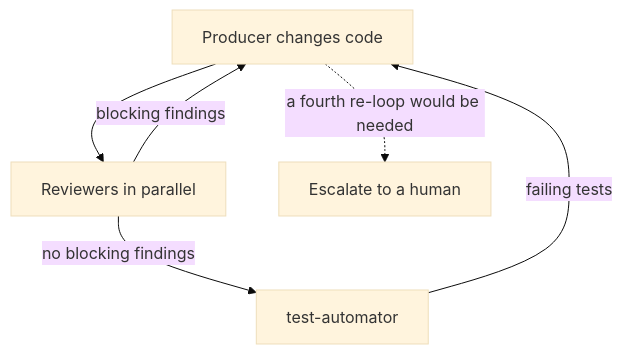
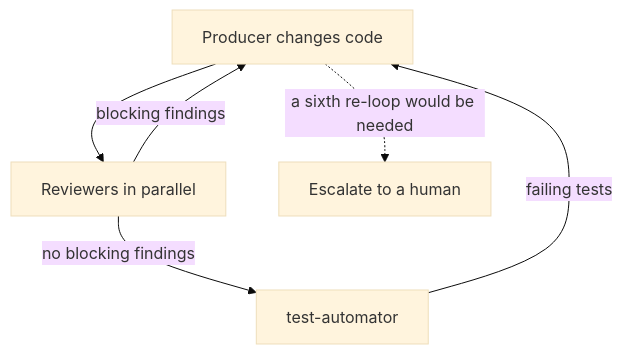
Before and after one commit to sergiosaraiva/quorum-agentic-framework: the diagram in docs/concepts/07-independent-validation.md, drawn with Mermaid (base theme). The commit also changed other lines of this file and 27 other files, not shown here.

````diff
--- a/docs/concepts/07-independent-validation.md
+++ b/docs/concepts/07-independent-validation.md
@@ -70,8 +70,8 @@
 ```mermaid
 flowchart TD
   P[Producer changes code] --> R[Reviewers in parallel]
   R -->|no blocking findings| T[test-automator]
   R -->|blocking findings| P
   T -->|failing tests| P
-  P -. a fourth re-loop would be needed .-> H[Escalate to a human]
+  P -. a sixth re-loop would be needed .-> H[Escalate to a human]
 ```
````
